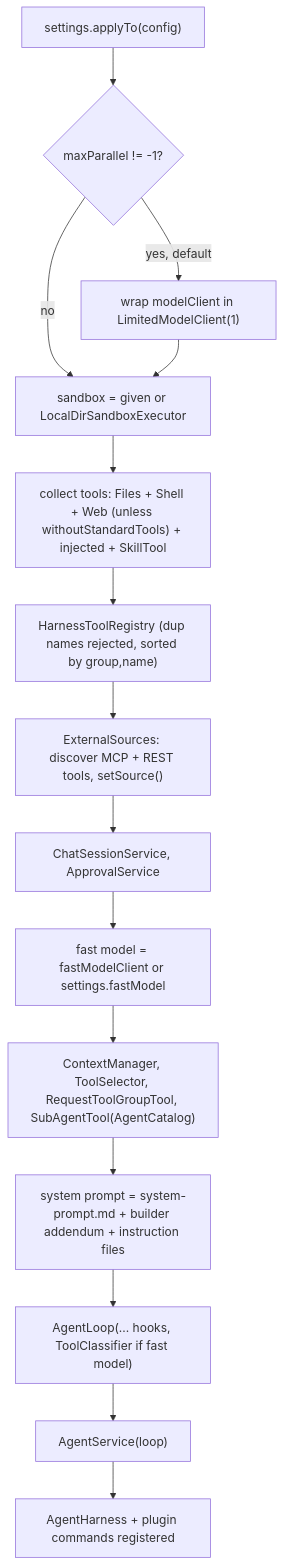
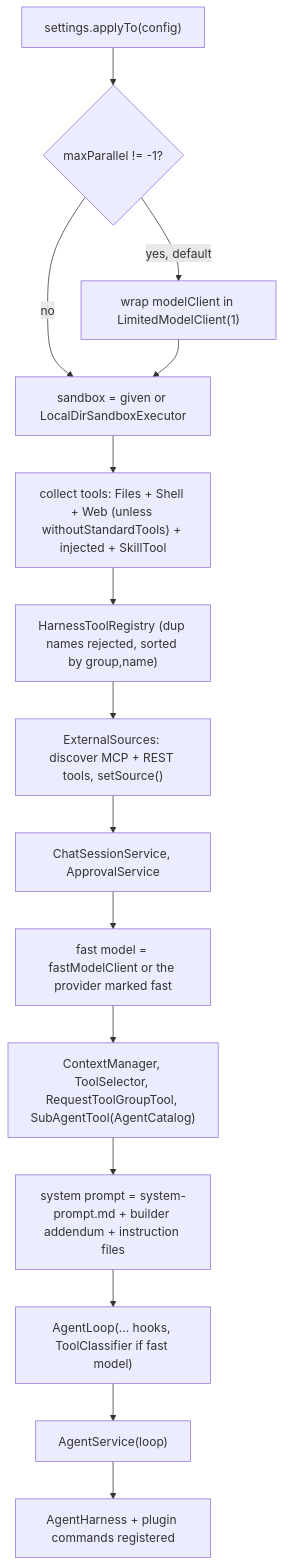
Before and after one commit to kendarorg/jllm: the second of 13 diagrams in docs/FLOW.md, drawn with Mermaid. The commit also changed 49 other files, not shown here.

````diff
--- a/docs/FLOW.md
+++ b/docs/FLOW.md
@@ -80,17 +80,17 @@
 ```mermaid
 flowchart TD
     A["settings.applyTo(config)"] --> B{"maxParallel != -1?"}
     B -->|yes, default| C["wrap modelClient in LimitedModelClient(1)"]
     B -->|no| D
     C --> D["sandbox = given or LocalDirSandboxExecutor"]
     D --> E["collect tools: Files + Shell + Web (unless withoutStandardTools) + injected + SkillTool"]
     E --> F["HarnessToolRegistry (dup names rejected, sorted by group,name)"]
     F --> G["ExternalSources: discover MCP + REST tools, setSource()"]
     G --> H["ChatSessionService, ApprovalService"]
-    H --> I["fast model = fastModelClient or settings.fastModel"]
+    H --> I["fast model = fastModelClient or the provider marked fast"]
     I --> J["ContextManager, ToolSelector, RequestToolGroupTool, SubAgentTool(AgentCatalog)"]
     J --> K["system prompt = system-prompt.md + builder addendum + instruction files"]
     K --> L["AgentLoop(... hooks, ToolClassifier if fast model)"]
     L --> M["AgentService(loop)"]
     M --> N["AgentHarness + plugin commands registered"]
 ```
````
